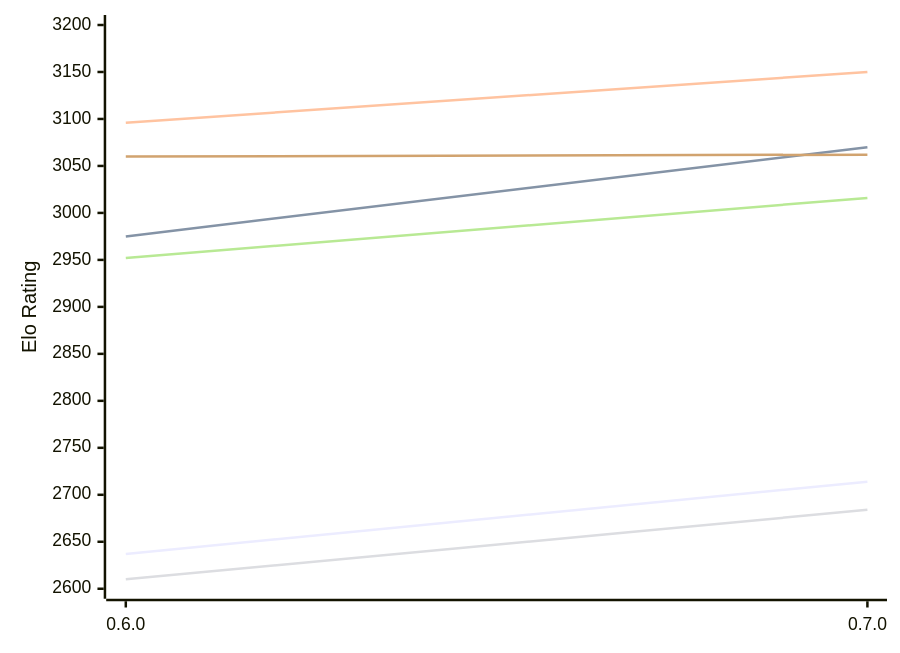
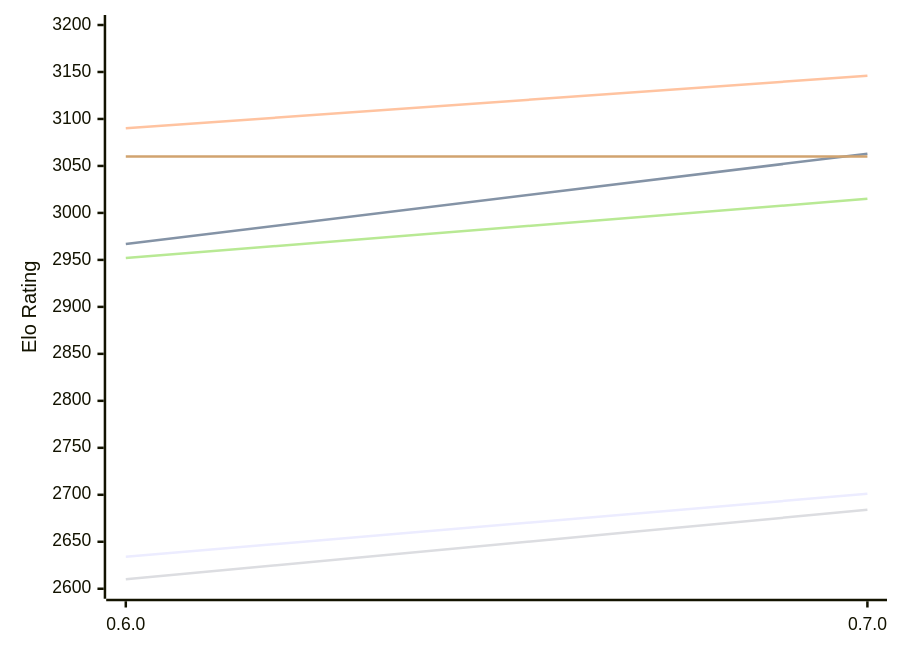
The first of 2 diagrams in engines/AteNika.md (computer-chess-index/cci), drawn with Mermaid before and after one commit. The commit also changed other lines of this file, not shown here.

Commit message:
Update CCI Ratings (ELO VLTC) - 2026-11-26

````diff
--- a/engines/AteNika.md
+++ b/engines/AteNika.md
@@ -52,12 +52,12 @@
 ```mermaid
 %%{init: {"theme":"base","themeVariables":{"seriesColors:['#a3a3a3','#222221','#faa371']}}}%%
 xychart-beta
   x-axis ["0.6.0", "0.7.0"]
   y-axis "Elo Rating" 2600 --> 3200
-  line "E1: STC (8.0+0.08s)" [2637, 2714]
-  line "E1: LTC (60.0+0.60s)" [2975, 3070]
-  line "E1: VLTC (2m24s+1.12s)" [3096, 3150]
+  line "E1: STC (8.0+0.08s)" [2634, 2701]
+  line "E1: LTC (60.0+0.60s)" [2967, 3063]
+  line "E1: VLTC (2m24s+1.12s)" [3090, 3146]
   line "P1: STC (8.0+0.08s)" [2610, 2684]
-  line "P1: LTC (60.0+0.60s)" [2952, 3016]
-  line "P1: VLTC (2m24s+1.12s)" [3060, 3062]
+  line "P1: LTC (60.0+0.60s)" [2952, 3015]
+  line "P1: VLTC (2m24s+1.12s)" [3060, 3060]
 ```
````
